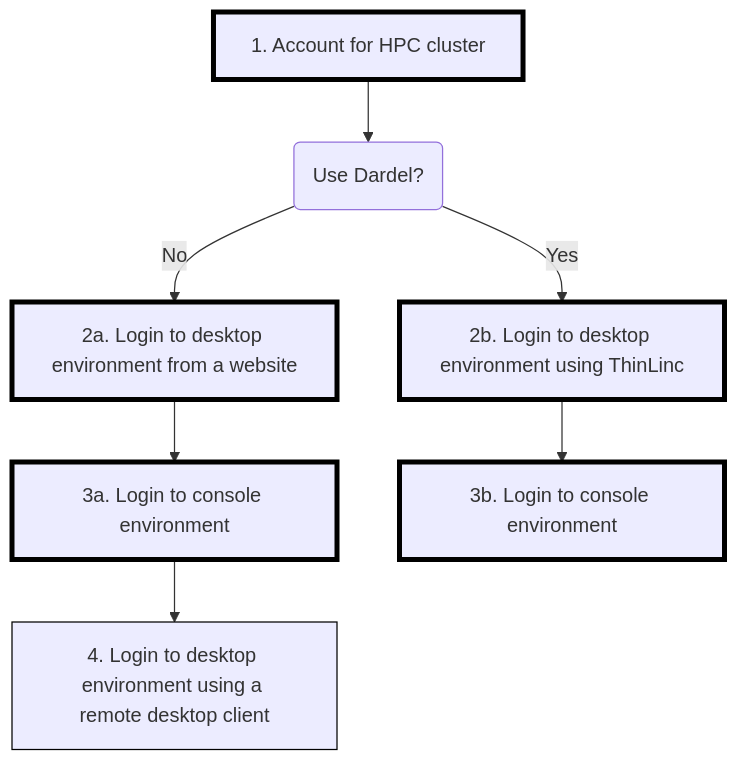
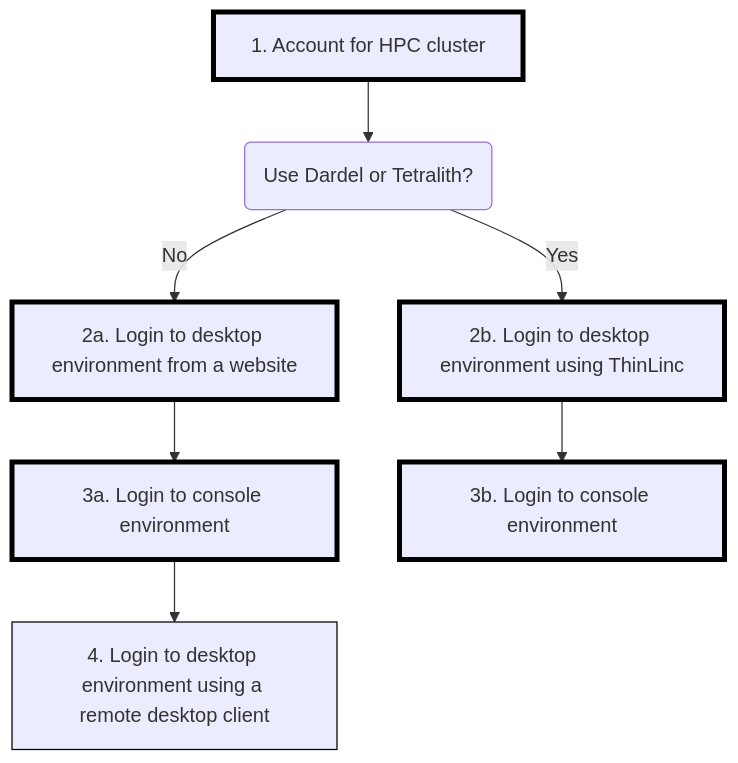
One commit to UPPMAX/naiss_file_transfer_course changed the diagram in docs/sessions/intro_connect/README.md. Above: the diagram before and after it, drawn with Mermaid. The commit also changed 1 other file, not shown here.

Commit message:
Tetralith does not have a remote desktop accessible from a web browser

````diff
--- a/docs/sessions/intro_connect/README.md
+++ b/docs/sessions/intro_connect/README.md
@@ -45,24 +45,24 @@
 ```mermaid
 flowchart TD
 
   classDef always stroke:#000,stroke-width:4px;
   classDef optional stroke:#000,stroke-width:1px;
 
-  use_dardel(Use Dardel?)
+  use_dardel_or_tetralith(Use Dardel or Tetralith?)
   account[1. Account for HPC cluster]:::always
   login_desktop_website_no[2a. Login to desktop environment from a website]:::always
   login_console_no[3a. Login to console environment]:::always
   login_desktop_tool_no[4. Login to desktop environment using a remote desktop client]:::optional
 
   login_console_yes[3b. Login to console environment]:::always
   login_desktop_tool_yes[2b. Login to desktop environment using ThinLinc]:::always
 
 
-  account --> use_dardel
-  use_dardel--> |No| login_desktop_website_no
+  account --> use_dardel_or_tetralith
+  use_dardel_or_tetralith--> |No| login_desktop_website_no
   login_desktop_website_no --> login_console_no
   login_console_no --> login_desktop_tool_no
 
-  use_dardel--> |Yes| login_desktop_tool_yes
+  use_dardel_or_tetralith--> |Yes| login_desktop_tool_yes
   login_desktop_tool_yes --> login_console_yes
 ```
````
